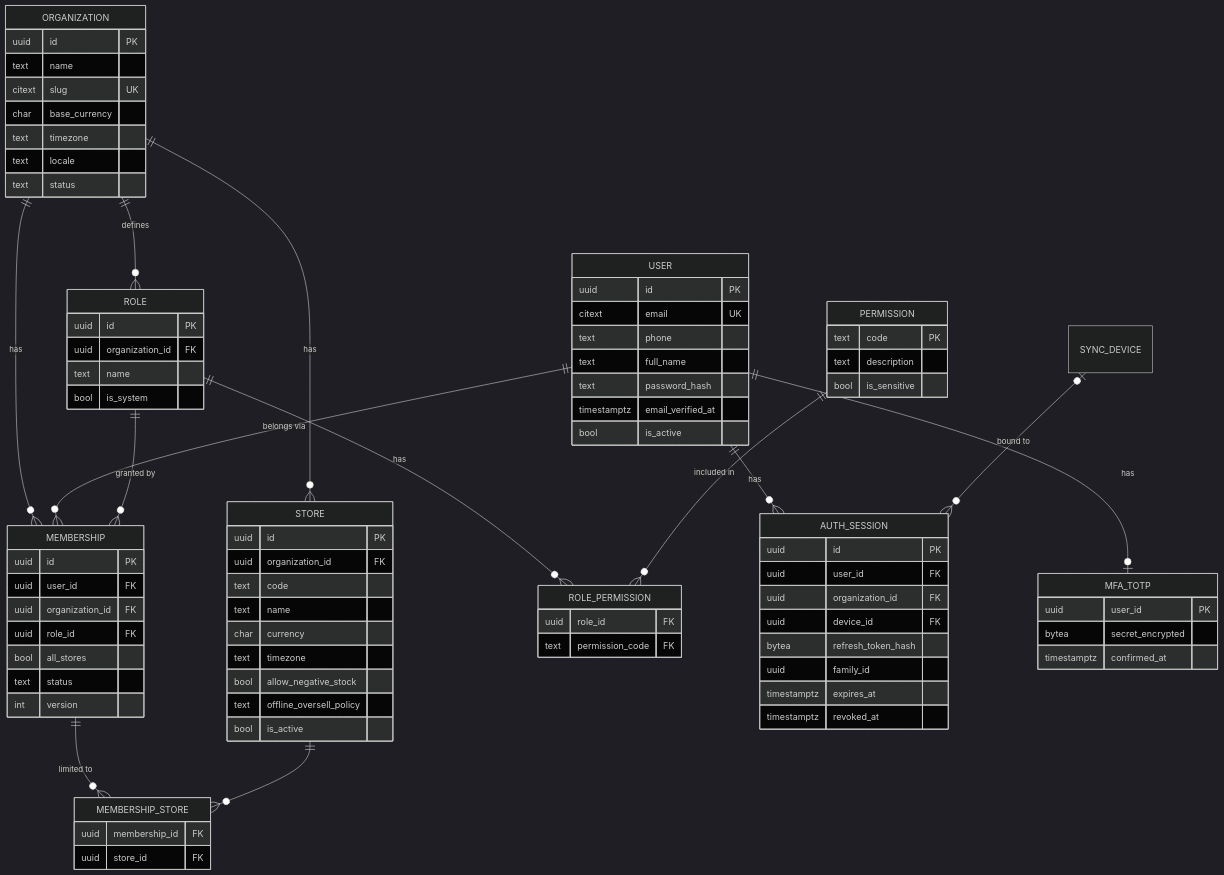
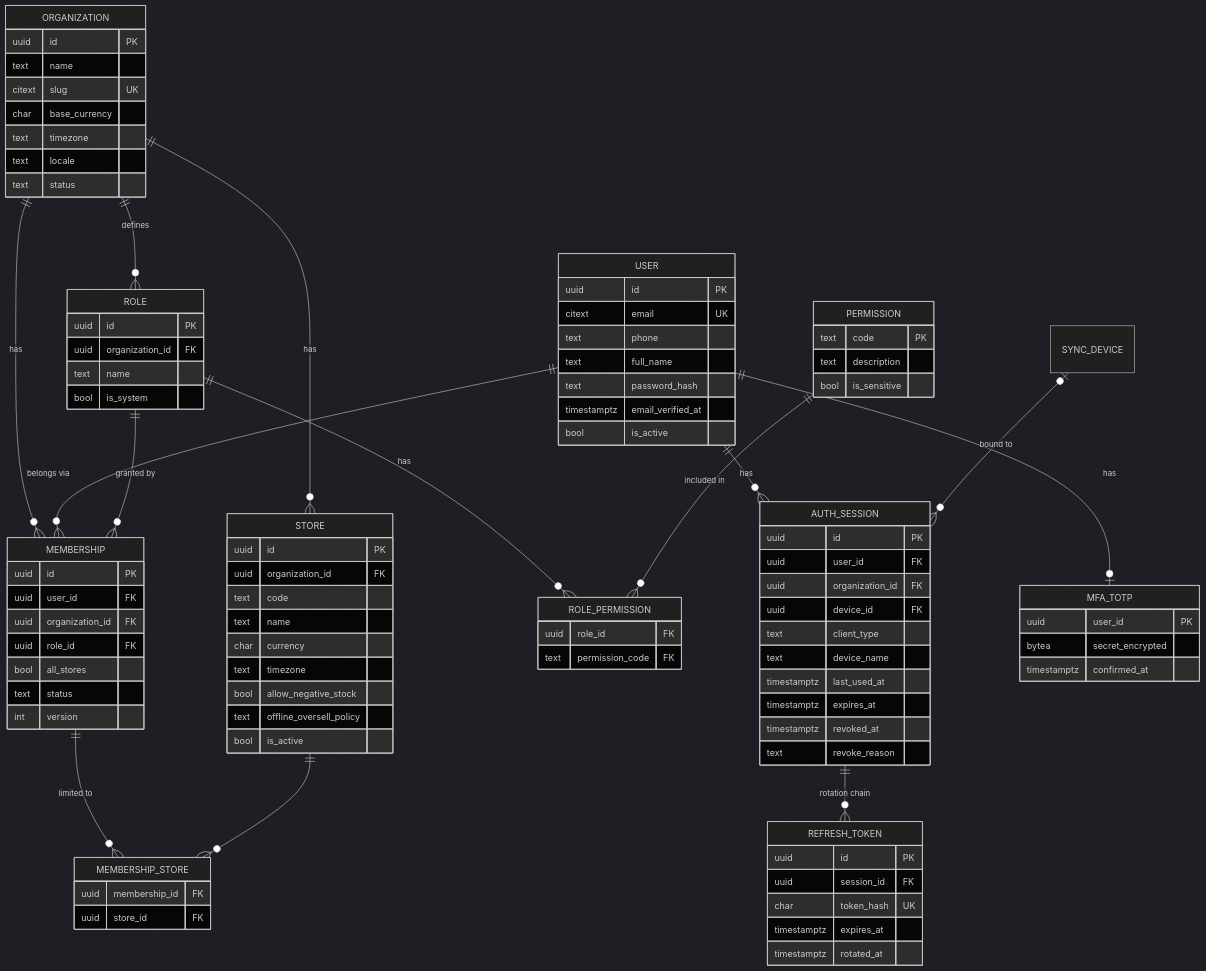
Before and after one commit to Fleur41/shopflow: the first of 7 diagrams in docs/DATABASE.md, drawn with Mermaid (dark theme). The commit also changed other lines of this file and 36 other files, not shown here.

```diff
--- a/docs/DATABASE.md
+++ b/docs/DATABASE.md
@@ -45,6 +45,7 @@
     USER ||--o{ AUTH_SESSION : has
     SYNC_DEVICE |o--o{ AUTH_SESSION : "bound to"
     USER ||--o| MFA_TOTP : has
+    AUTH_SESSION ||--o{ REFRESH_TOKEN : "rotation chain"
 
     ORGANIZATION {
         uuid id PK
@@ -108,10 +109,19 @@
         uuid user_id FK
         uuid organization_id FK
         uuid device_id FK
-        bytea refresh_token_hash
-        uuid family_id
+        text client_type
+        text device_name
+        timestamptz last_used_at
         timestamptz expires_at
         timestamptz revoked_at
+        text revoke_reason
+    }
+    REFRESH_TOKEN {
+        uuid id PK
+        uuid session_id FK
+        char token_hash UK
+        timestamptz expires_at
+        timestamptz rotated_at
     }
     MFA_TOTP {
         uuid user_id PK
```
